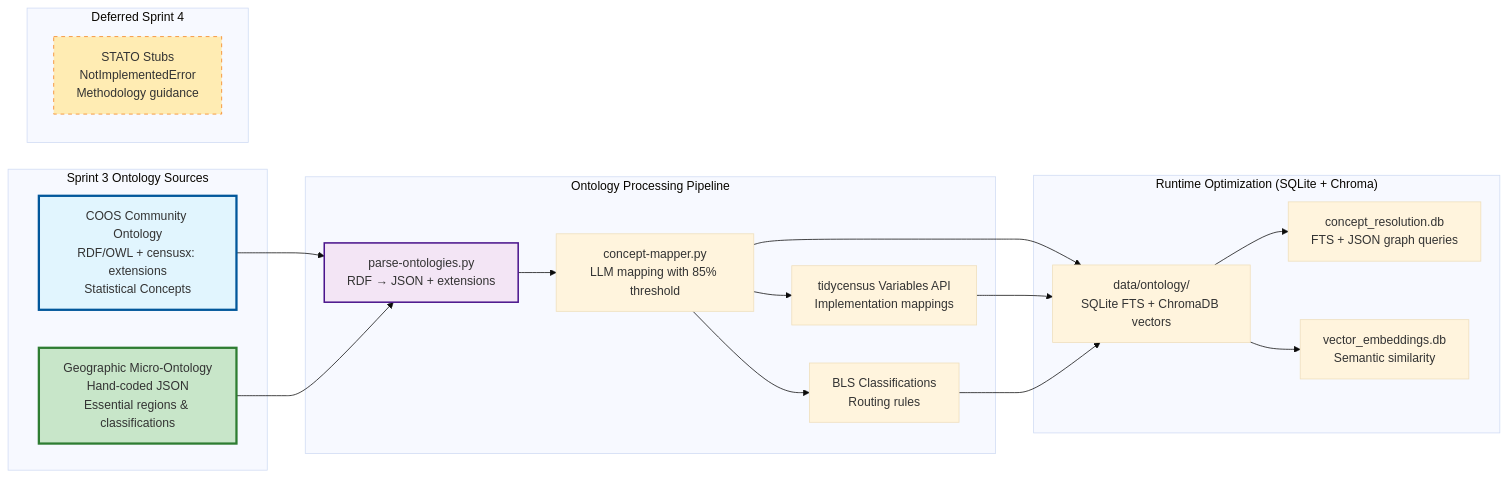
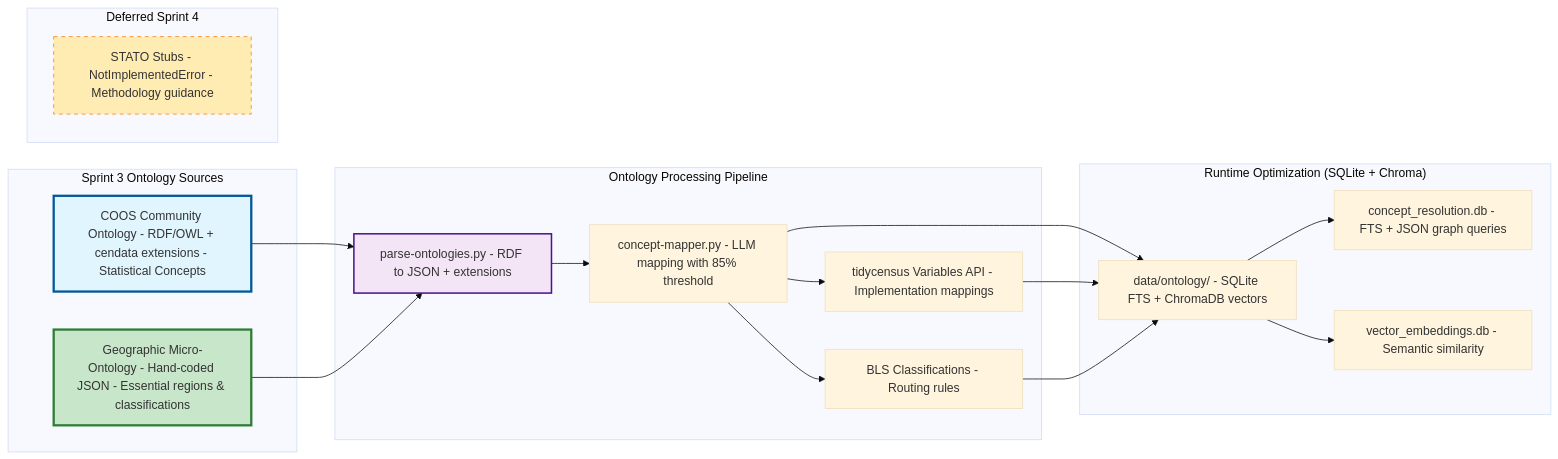
One commit to saikrmet/open-census-mcp-server changed the eighth of 8 diagrams in enhanced_phase3_architecture.md. Above: the diagram before and after it, drawn with Mermaid (base theme). The commit also changed other lines of this file, not shown here.

````diff
--- a/enhanced_phase3_architecture.md
+++ b/enhanced_phase3_architecture.md
@@ -850,35 +818,35 @@
 ```mermaid
 graph LR
     subgraph "Sprint 3 Ontology Sources"
-        COOS_RDF[COOS Community Ontology<br/>RDF/OWL + censusx: extensions<br/>Statistical Concepts]
-        GEO_JSON[Geographic Micro-Ontology<br/>Hand-coded JSON<br/>Essential regions & classifications]
+        COOS_RDF[COOS Community Ontology - RDF/OWL + cendata extensions - Statistical Concepts]
+        GEO_JSON[Geographic Micro-Ontology - Hand-coded JSON - Essential regions & classifications]
     end
     
     subgraph "Deferred Sprint 4"
-        STATO_STUB[STATO Stubs<br/>NotImplementedError<br/>Methodology guidance]
+        STATO_STUB[STATO Stubs - NotImplementedError - Methodology guidance]
     end
     
     subgraph "Ontology Processing Pipeline"
-        COOS_RDF --> PARSE[parse-ontologies.py<br/>RDF → JSON + extensions]
+        COOS_RDF --> PARSE[parse-ontologies.py - RDF to JSON + extensions]
         GEO_JSON --> PARSE
         
-        PARSE --> CONCEPT[concept-mapper.py<br/>LLM mapping with 85% threshold]
+        PARSE --> CONCEPT[concept-mapper.py - LLM mapping with 85% threshold]
         
-        CONCEPT --> TIDYC[tidycensus Variables API<br/>Implementation mappings]
-        CONCEPT --> BLS[BLS Classifications<br/>Routing rules]
+        CONCEPT --> TIDYC[tidycensus Variables API - Implementation mappings]
+        CONCEPT --> BLS[BLS Classifications - Routing rules]
     end
     
     subgraph "Runtime Optimization (SQLite + Chroma)"
-        CONCEPT --> FAST[data/ontology/<br/>SQLite FTS + ChromaDB vectors]
+        CONCEPT --> FAST[data/ontology/ - SQLite FTS + ChromaDB vectors]
         TIDYC --> FAST
         BLS --> FAST
         
-        FAST --> SQLITE[concept_resolution.db<br/>FTS + JSON graph queries]
-        FAST --> CHROMA[vector_embeddings.db<br/>Semantic similarity]
+        FAST --> SQLITE[concept_resolution.db - FTS + JSON graph queries]
+        FAST --> CHROMA[vector_embeddings.db - Semantic similarity]
     end
     
     style COOS_RDF fill:#e1f5fe,stroke:#01579b,stroke-width:3px
     style GEO_JSON fill:#c8e6c9,stroke:#2e7d32,stroke-width:3px
     style STATO_STUB fill:#ffecb3,stroke:#f57f17,stroke-width:1px,stroke-dasharray: 5 5
     style PARSE fill:#f3e5f5,stroke:#4a148c,stroke-width:2px
 ```
````
